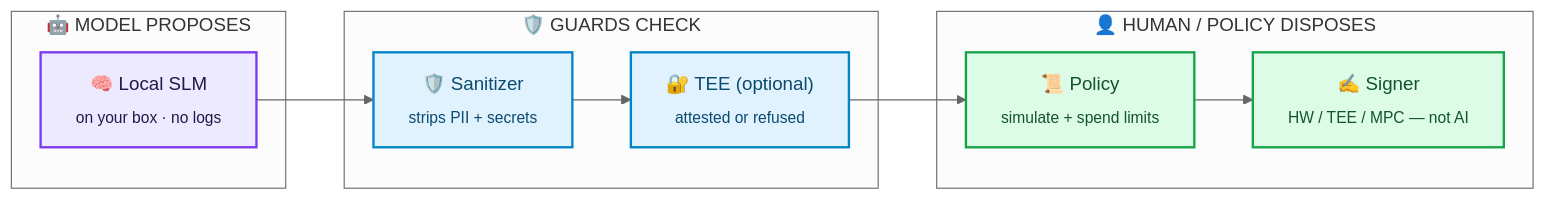
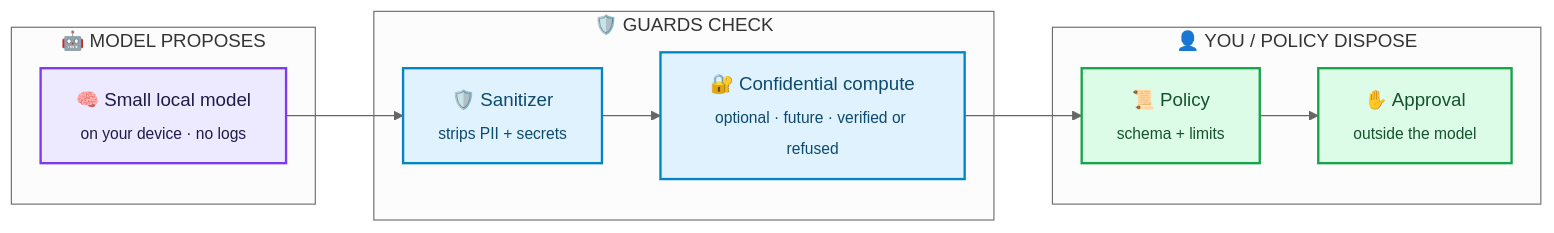
Before and after one commit to 9lordisgod/salomon: the first of 3 diagrams in README.md, drawn with Mermaid (neutral theme). The commit also changed other lines of this file and 3 other files, not shown here.

````diff
--- a/README.md
+++ b/README.md
@@ -12,21 +11,21 @@
 ```mermaid
 flowchart LR
     subgraph P["🤖 MODEL PROPOSES"]
-        A["🧠 Local SLM<br/><sub>on your box · no logs</sub>"]
+        A["🧠 Small local model<br/><sub>on your device · no logs</sub>"]
     end
     subgraph G["🛡️ GUARDS CHECK"]
         B["🛡️ Sanitizer<br/><sub>strips PII + secrets</sub>"]
-        C["🔐 TEE (optional)<br/><sub>attested or refused</sub>"]
+        C["🔐 Confidential compute<br/><sub>optional · future · verified or refused</sub>"]
     end
-    subgraph D["👤 HUMAN / POLICY DISPOSES"]
-        E["📜 Policy<br/><sub>simulate + spend limits</sub>"]
-        F["✍️ Signer<br/><sub>HW / TEE / MPC — not AI</sub>"]
+    subgraph D["👤 YOU / POLICY DISPOSE"]
+        E["📜 Policy<br/><sub>schema + limits</sub>"]
+        F["✋ Approval<br/><sub>outside the model</sub>"]
     end
     A --> B --> C --> E --> F
     classDef ai fill:#ede9fe,stroke:#7c3aed,stroke-width:2px,color:#1e1b4b
     classDef guard fill:#e0f2fe,stroke:#0284c7,stroke-width:2px,color:#0c4a6e
     classDef human fill:#dcfce7,stroke:#16a34a,stroke-width:2px,color:#14532d
     class A ai
     class B,C guard
     class E,F human
 ```
````
